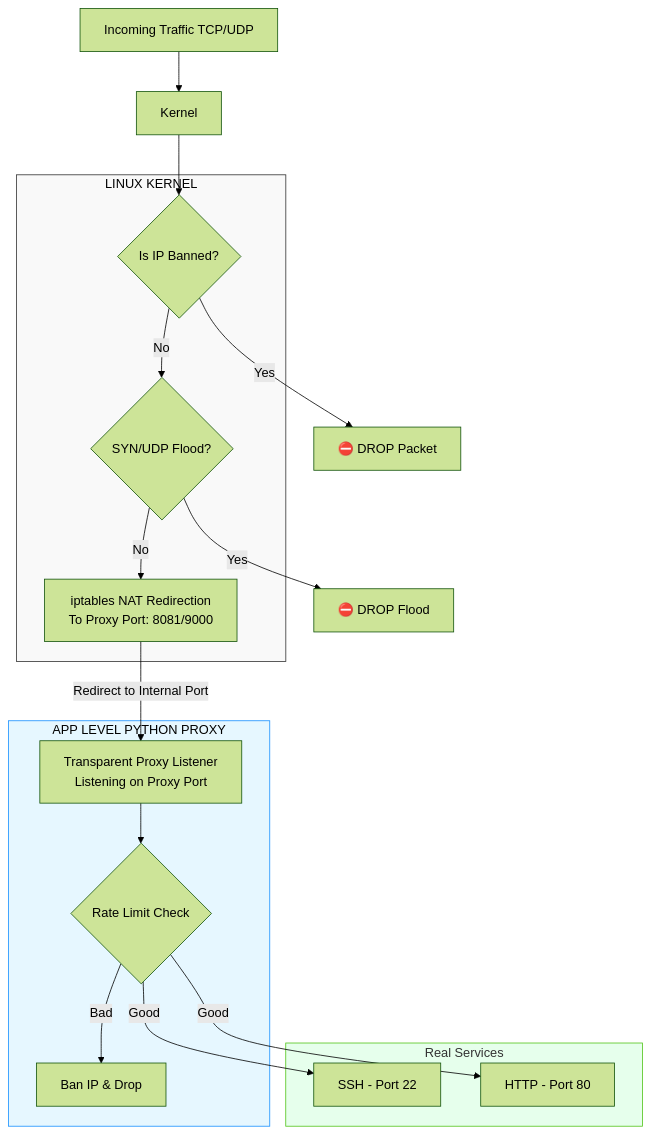
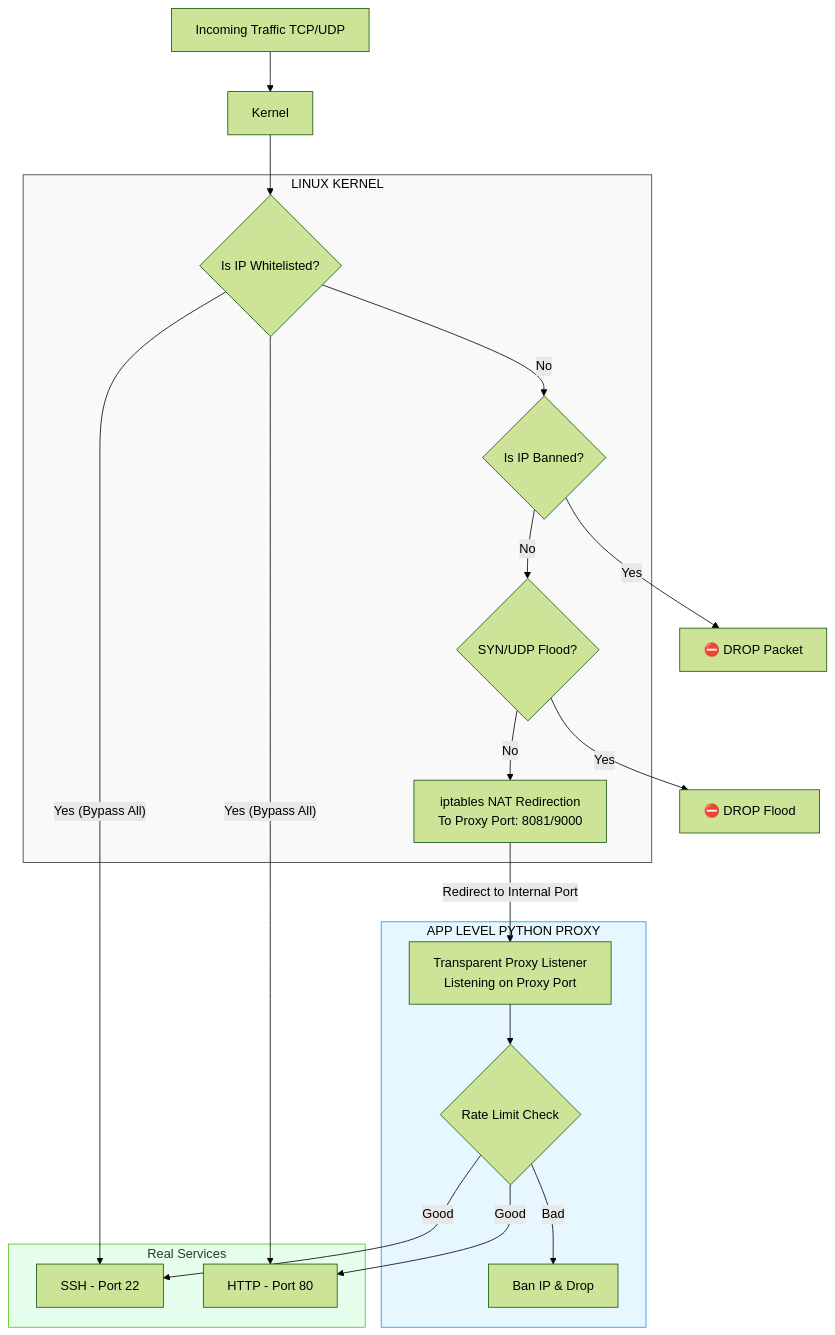
Before and after one commit to Zottiriq/ddos-preventer: the diagram in README.md, drawn with Mermaid (forest theme).

````diff
--- a/README.md
+++ b/README.md
@@ -8,40 +8,48 @@
 ```mermaid
 graph TD
     Input[Incoming Traffic TCP/UDP] --> Kernel
     
     subgraph Linux_Kernel [LINUX KERNEL]
         style Linux_Kernel fill:#f9f9f9,stroke:#333,color:#000
+        Whitelist{Is IP Whitelisted?}
         Blocklist{Is IP Banned?}
         FloodProt{SYN/UDP Flood?}
         NAT[iptables NAT Redirection<br/>To Proxy Port: 8081/9000]
     end
 
     subgraph User_Space [APP LEVEL PYTHON PROXY]
         style User_Space fill:#e6f7ff,stroke:#1890ff,color:#000
         ProxyList[Transparent Proxy Listener<br/>Listening on Proxy Port]
         RateLimit{Rate Limit Check}
         Mitigation[Ban IP & Drop]
     end
 
     subgraph Services [Real Services]
         style Services fill:#e6ffec,stroke:#52c41a
         SSH[SSH - Port 22]
         HTTP[HTTP - Port 80]
     end
 
     %% Akış Mantığı
-    Kernel --> Blocklist
+    Kernel --> Whitelist
+
+    %% Whitelist ise tüm kontrolleri atla (Bypass)
+    Whitelist -- "Yes (Bypass All)" --> SSH & HTTP
+    
+    %% Whitelist değilse normal kontrollere devam et
+    Whitelist -- No --> Blocklist
+
     Blocklist -- Yes --> Drop1[⛔ DROP Packet]
     Blocklist -- No --> FloodProt
     
     FloodProt -- Yes --> Drop2[⛔ DROP Flood]
     FloodProt -- No --> NAT
     
     %% Buradaki geçiş port yönlendirmesini vurgular
     NAT -- "Redirect to Internal Port" --> ProxyList
     
     ProxyList --> RateLimit
     
     RateLimit -- Good --> SSH & HTTP
     RateLimit -- Bad --> Mitigation
 ```
````
